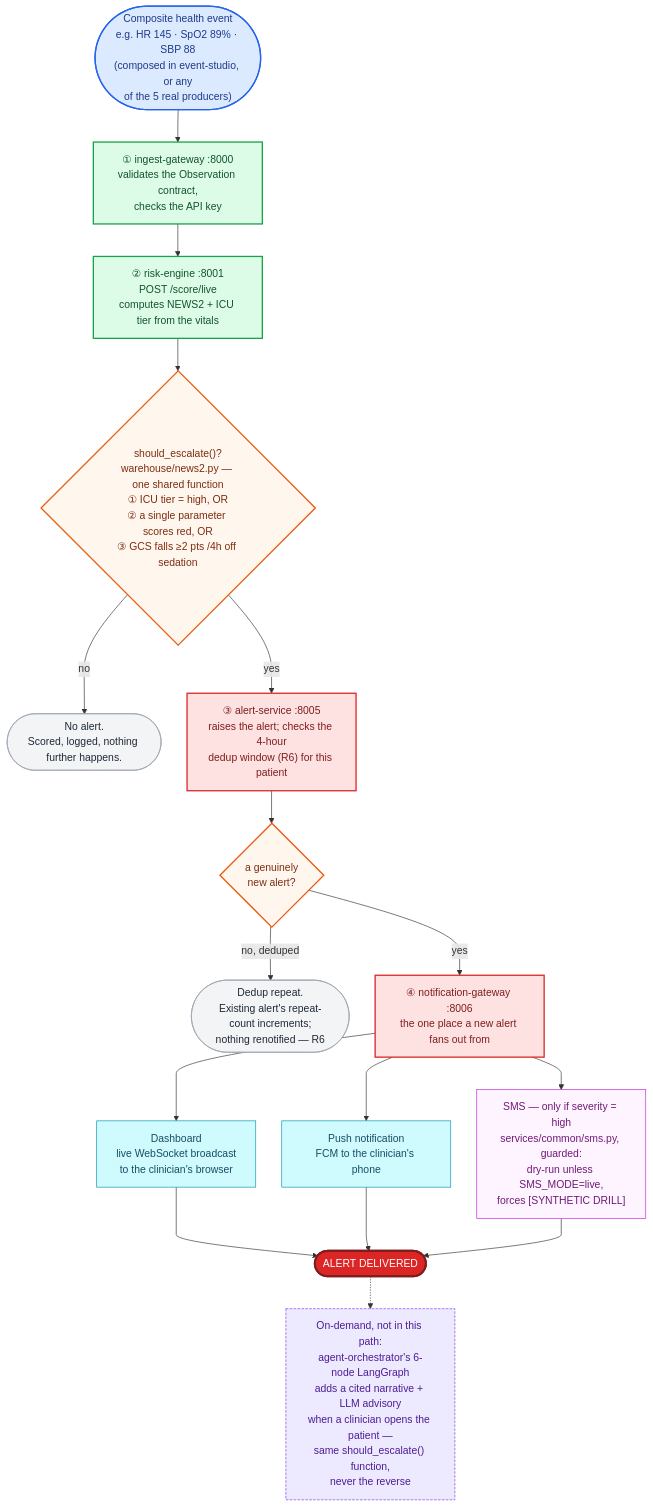
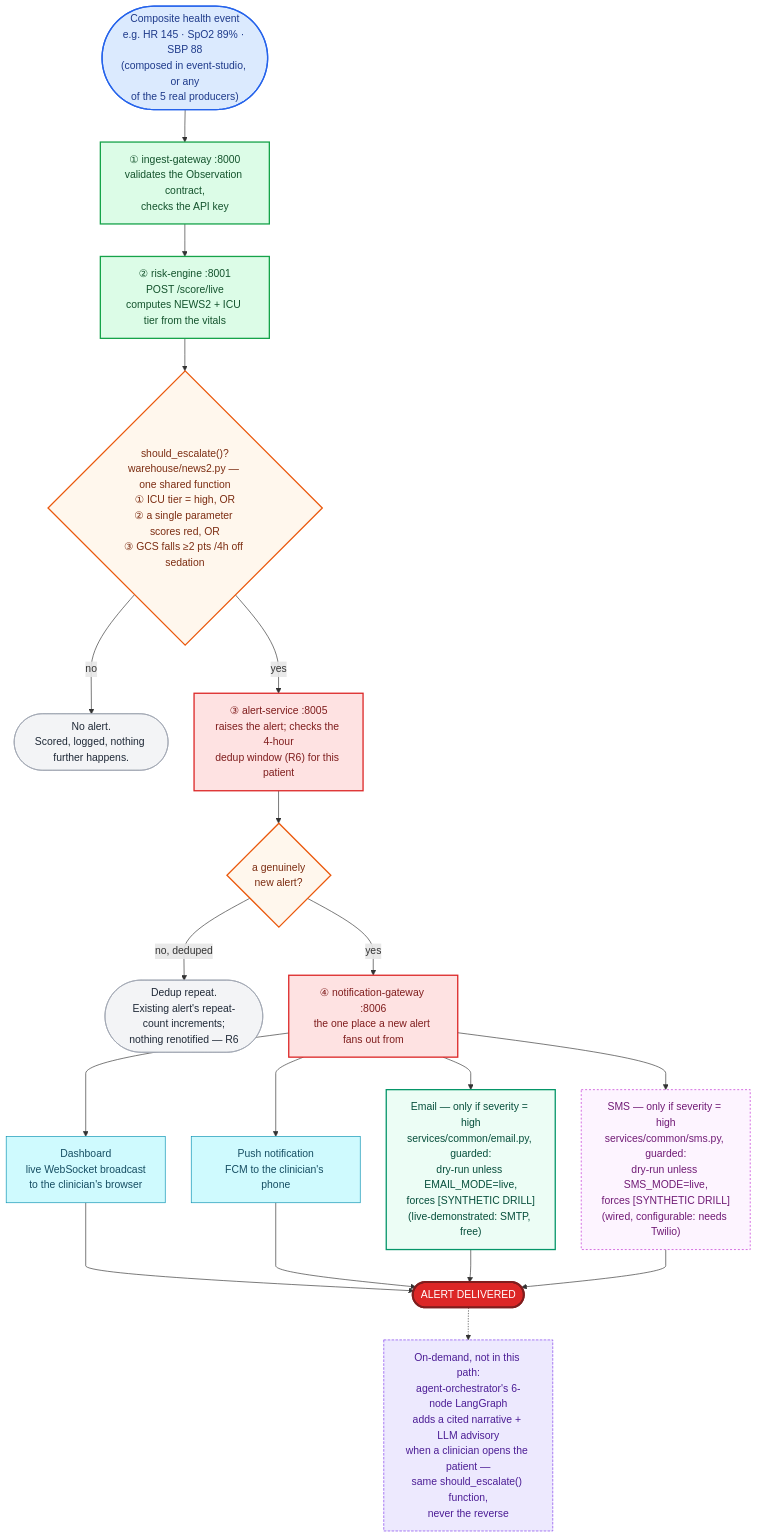
One commit to ritikpatel/remote-patient-monitoring-agent changed the diagram in docs/workflow_simple.md. Above: the diagram before and after it, drawn with Mermaid. The commit also changed other lines of this file and 23 other files, not shown here.

````diff
--- a/docs/workflow_simple.md
+++ b/docs/workflow_simple.md
@@ -17,58 +17,61 @@
 ```mermaid
 %%{init: {"flowchart": {"rankSpacing": 50, "nodeSpacing": 40, "curve": "monotoneY"}}}%%
 flowchart TD
     START(["Composite health event\ne.g. HR 145 · SpO2 89% · SBP 88\n(composed in event-studio, or any\nof the 5 real producers)"])
 
     S1["① ingest-gateway :8000\nvalidates the Observation contract,\nchecks the API key"]
 
     S2["② risk-engine :8001\nPOST /score/live\ncomputes NEWS2 + ICU tier from the vitals"]
 
     D1{"should_escalate()?\nwarehouse/news2.py — one shared function\n① ICU tier = high, OR\n② a single parameter scores red, OR\n③ GCS falls ≥2 pts /4h off sedation"}
 
     NOFIRE(["No alert.\nScored, logged, nothing further happens."])
 
     S3["③ alert-service :8005\nraises the alert; checks the 4-hour\ndedup window (R6) for this patient"]
 
     D2{"a genuinely\nnew alert?"}
 
     DEDUP(["Dedup repeat.\nExisting alert's repeat-count increments;\nnothing renotified — R6"])
 
     S4["④ notification-gateway :8006\nthe one place a new alert fans out from"]
 
     S5A["Dashboard\nlive WebSocket broadcast\nto the clinician's browser"]
     S5B["Push notification\nFCM to the clinician's phone"]
-    S5C["SMS — only if severity = high\nservices/common/sms.py, guarded:\ndry-run unless SMS_MODE=live,\nforces [SYNTHETIC DRILL]"]
+    S5C["Email — only if severity = high\nservices/common/email.py, guarded:\ndry-run unless EMAIL_MODE=live,\nforces [SYNTHETIC DRILL]\n(live-demonstrated: SMTP, free)"]
+    S5D["SMS — only if severity = high\nservices/common/sms.py, guarded:\ndry-run unless SMS_MODE=live,\nforces [SYNTHETIC DRILL]\n(wired, configurable: needs Twilio)"]
 
     ALERT(["ALERT DELIVERED"])
 
     SIDE["On-demand, not in this path:\nagent-orchestrator's 6-node LangGraph\nadds a cited narrative + LLM advisory\nwhen a clinician opens the patient —\nsame should_escalate() function,\nnever the reverse"]
 
     START --> S1 --> S2 --> D1
     D1 -->|no| NOFIRE
     D1 -->|yes| S3 --> D2
     D2 -->|no, deduped| DEDUP
     D2 -->|yes| S4
-    S4 --> S5A & S5B & S5C
-    S5A & S5B & S5C --> ALERT
+    S4 --> S5A & S5B & S5C & S5D
+    S5A & S5B & S5C & S5D --> ALERT
     ALERT -.-> SIDE
 
     classDef startend fill:#dbeafe,stroke:#2563eb,color:#1e3a8a,stroke-width:2px;
     classDef step fill:#dcfce7,stroke:#16a34a,color:#14532d,stroke-width:2px;
     classDef alertstep fill:#fee2e2,stroke:#dc2626,color:#7f1d1d,stroke-width:2px;
     classDef decision fill:#fff7ed,stroke:#ea580c,color:#7c2d12,stroke-width:2px;
     classDef stop fill:#f3f4f6,stroke:#9ca3af,color:#1f2937;
     classDef channel fill:#cffafe,stroke:#0891b2,color:#164e63;
-    classDef sms fill:#fdf4ff,stroke:#c026d3,color:#701a75;
+    classDef email fill:#ecfdf5,stroke:#059669,color:#064e3b,stroke-width:2px;
+    classDef sms fill:#fdf4ff,stroke:#c026d3,color:#701a75,stroke-dasharray: 3 3;
     classDef side fill:#ede9fe,stroke:#7c3aed,color:#4c1d95,stroke-dasharray: 4 2;
     classDef final fill:#dc2626,stroke:#7f1d1d,color:#ffffff,stroke-width:3px;
 
     class START startend;
     class S1,S2 step;
     class D1,D2 decision;
     class NOFIRE,DEDUP stop;
     class S3,S4 alertstep;
     class S5A,S5B channel;
-    class S5C sms;
+    class S5C email;
+    class S5D sms;
     class ALERT final;
     class SIDE side;
 ```
````
